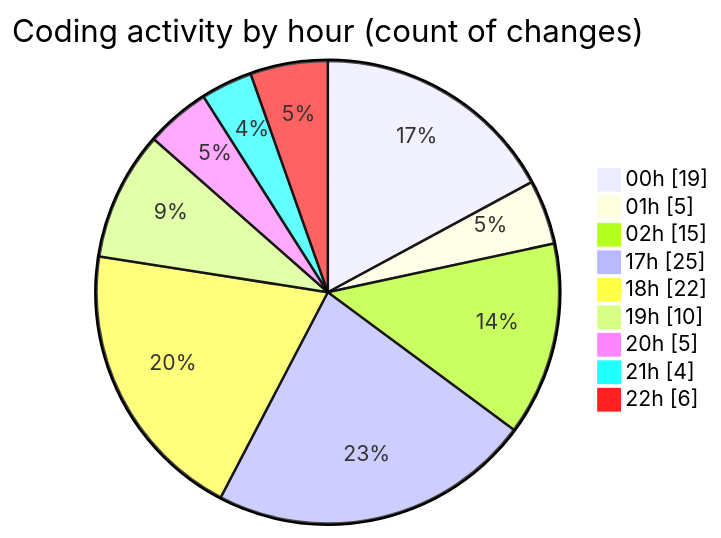
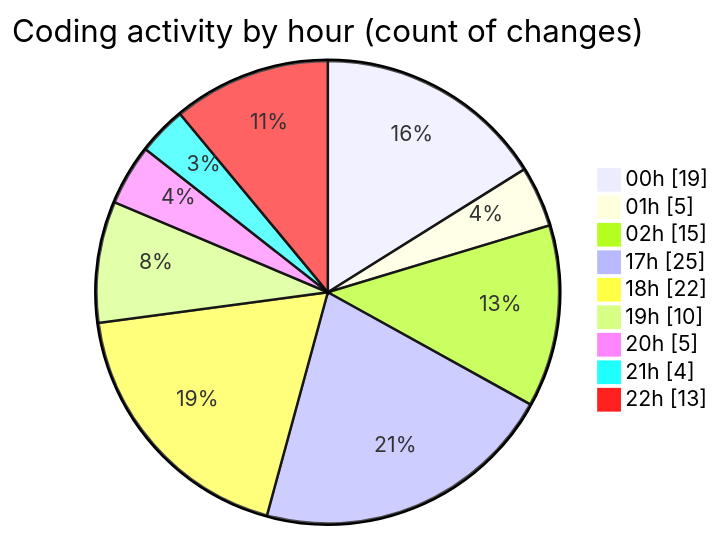
Before and after one commit to Elitesun/code-tracking: the second of 2 diagrams in 2025-02-14/elitegpt/README.md, drawn with Mermaid. The commit also changed other lines of this file and 1 other file, not shown here.

````diff
--- a/2025-02-14/elitegpt/README.md
+++ b/2025-02-14/elitegpt/README.md
@@ -44,13 +44,13 @@
 ```mermaid
 pie showData
 title Coding activity by hour (count of changes)
 "00h" : 19
 "01h" : 5
 "02h" : 15
 "17h" : 25
 "18h" : 22
 "19h" : 10
 "20h" : 5
 "21h" : 4
-"22h" : 6
+"22h" : 13
 ```
````
